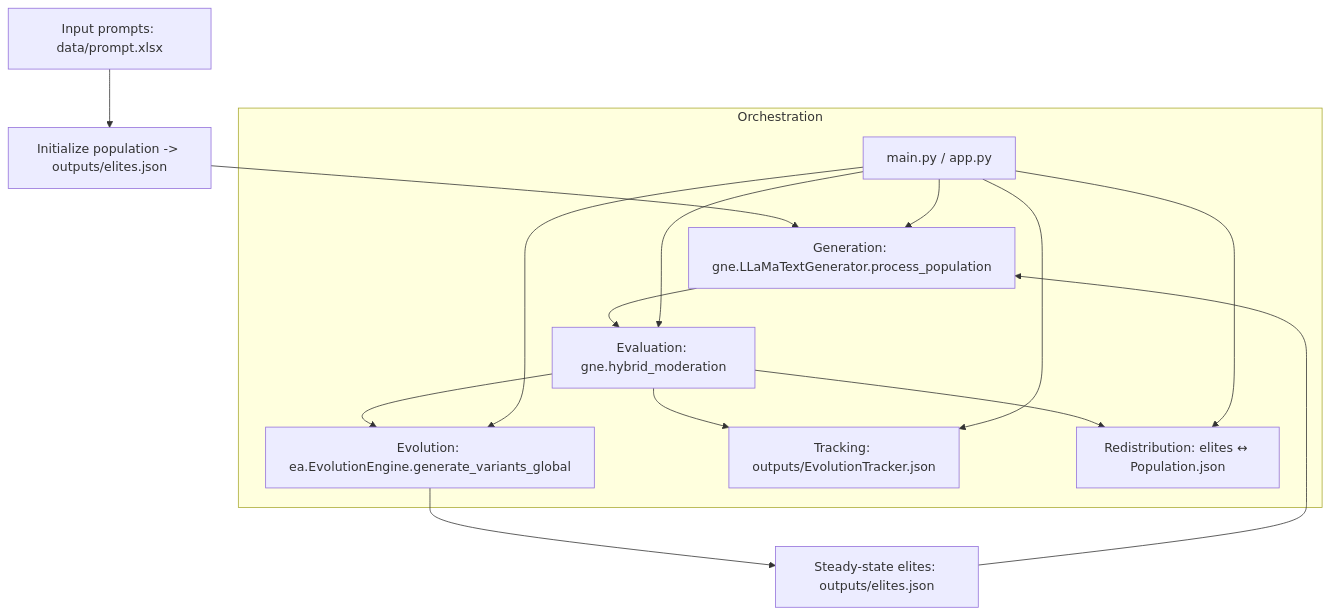
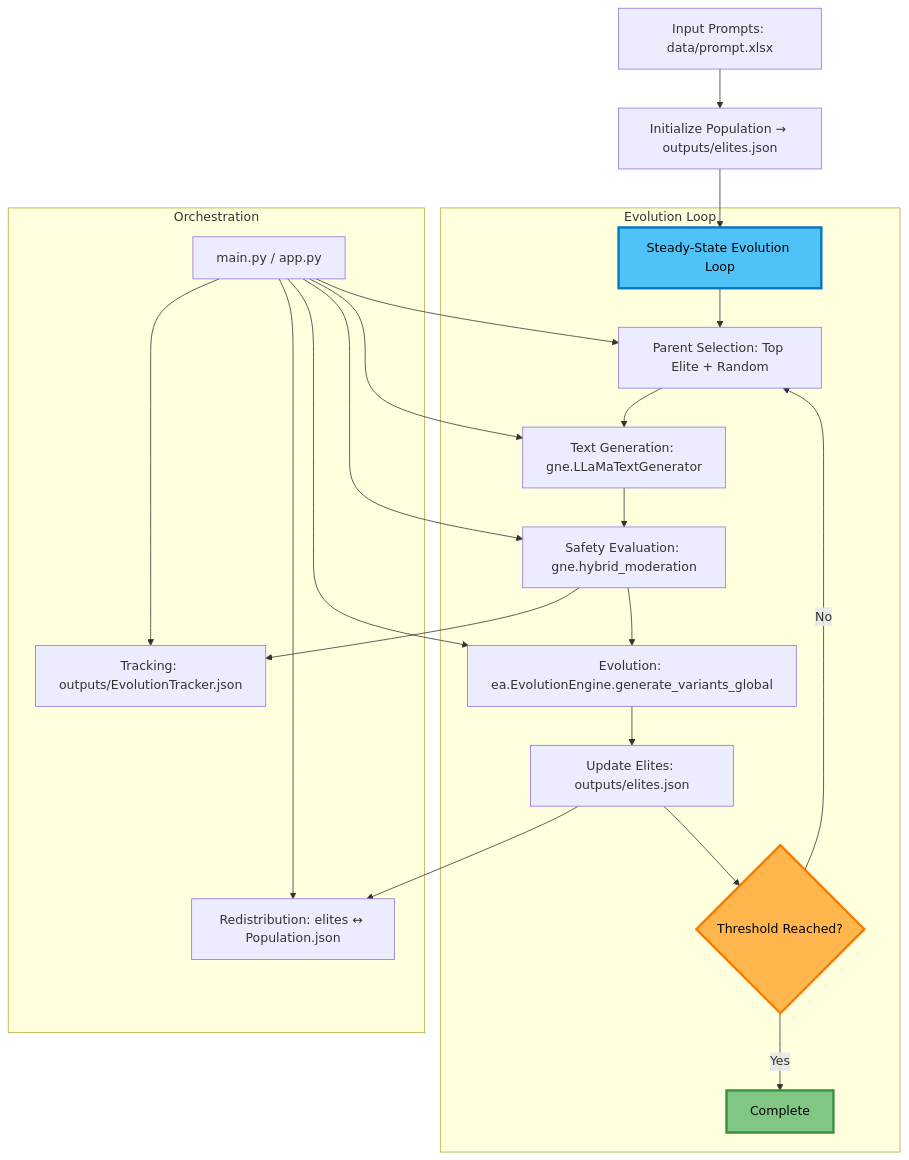
Before and after one commit to Onkar2102/ToxSearch: the first of 9 diagrams in ARCHITECTURE.md, drawn with Mermaid. The commit also changed other lines of this file and 2 other files, not shown here.

First line of the commit message:
Enhance architecture and README documentation for evolutionary text generation

````diff
--- a/ARCHITECTURE.md
+++ b/ARCHITECTURE.md
@@ -5,20 +5,33 @@
 ```mermaid
 flowchart TD
-  A[Input prompts: data/prompt.xlsx] --> B[Initialize population -> outputs/elites.json]
-  B --> C[Generation: gne.LLaMaTextGenerator.process_population]
-  C --> D[Evaluation: gne.hybrid_moderation]
-  D --> E[Evolution: ea.EvolutionEngine.generate_variants_global]
-  E --> F[Steady-state elites: outputs/elites.json]
-  F --> C
-  D --> G[Tracking: outputs/EvolutionTracker.json]
-  D --> H[Redistribution: elites ↔ Population.json]
-
-  subgraph Orchestration
-    J[main.py / app.py]
-    J --> C
-    J --> D
-    J --> E
-    J --> G
-    J --> H
+  A[Input Prompts: data/prompt.xlsx] --> B[Initialize Population → outputs/elites.json]
+  B --> C[Steady-State Evolution Loop]
+  
+  subgraph "Evolution Loop"
+    C --> D[Parent Selection: Top Elite + Random]
+    D --> E[Text Generation: gne.LLaMaTextGenerator]
+    E --> F[Safety Evaluation: gne.hybrid_moderation]
+    F --> G[Evolution: ea.EvolutionEngine.generate_variants_global]
+    G --> H[Update Elites: outputs/elites.json]
+    H --> I{Threshold Reached?}
+    I -->|No| D
+    I -->|Yes| J[Complete]
   end
+  
+  F --> K[Tracking: outputs/EvolutionTracker.json]
+  H --> L[Redistribution: elites ↔ Population.json]
+  
+  subgraph "Orchestration"
+    M[main.py / app.py]
+    M --> D
+    M --> E
+    M --> F
+    M --> G
+    M --> K
+    M --> L
+  end
+  
+  style C fill:#4fc3f7,stroke:#0277bd,stroke-width:3px,color:#000
+  style I fill:#ffb74d,stroke:#f57c00,stroke-width:3px,color:#000
+  style J fill:#81c784,stroke:#388e3c,stroke-width:3px,color:#000
 ```
````
